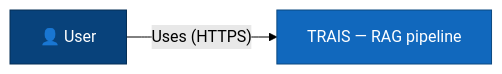
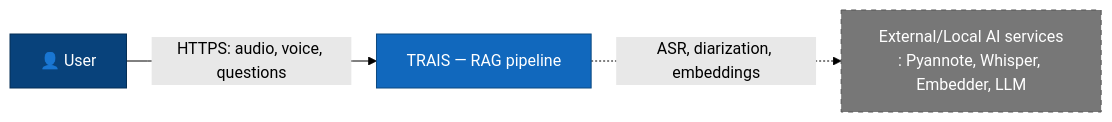
One commit to mynameis2wach/trais-architecture changed the diagram in docs/eng/architecture/c4/level1-context.md. Above: the diagram before and after it, drawn with Mermaid (forest theme). The commit also changed other lines of this file, not shown here.

Commit message:
Translate level1-context.md

````diff
--- a/docs/eng/architecture/c4/level1-context.md
+++ b/docs/eng/architecture/c4/level1-context.md
@@ -9,12 +10,17 @@
 ```mermaid
 flowchart LR
     user["👤 User"]
     trais["TRAIS — RAG pipeline"]
+    ai["External/Local AI services<br/>: Pyannote, Whisper, Embedder, LLM"]
 
-    user -->|"Uses (HTTPS)"| trais
+    user -->|"HTTPS: audio, voice, questions"| trais
+    trais -.->|"ASR, diarization, embeddings"| ai
 
     classDef person fill:#08427B,color:#fff,stroke:#052E56
     classDef system fill:#1168BD,color:#fff,stroke:#0B4880
+    classDef external fill:#777,color:#fff,stroke:#555,stroke-dasharray: 5 5
+
     class user person
     class trais system
+    class ai external
 ```
````
